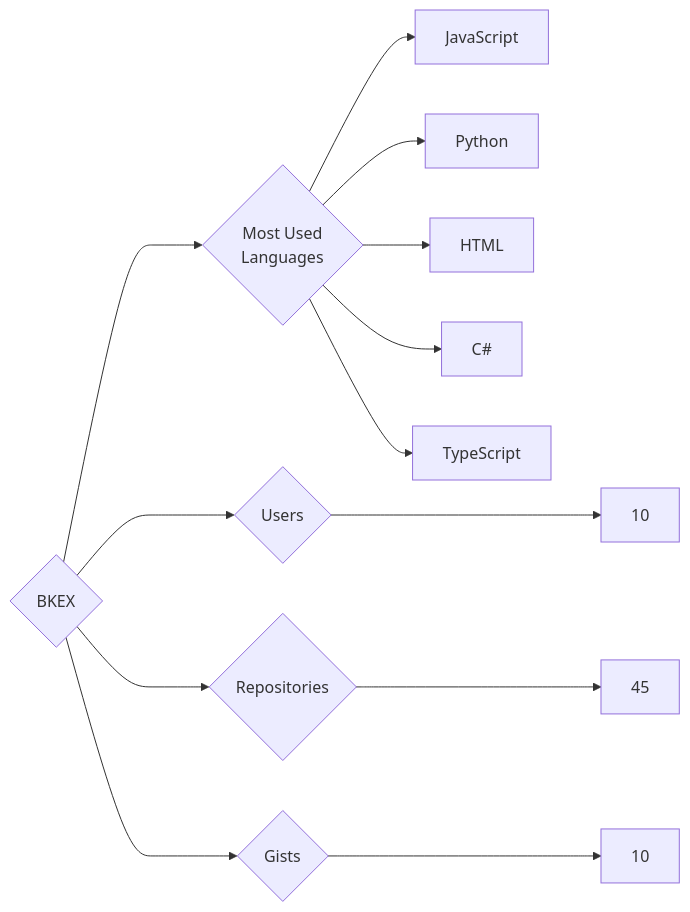
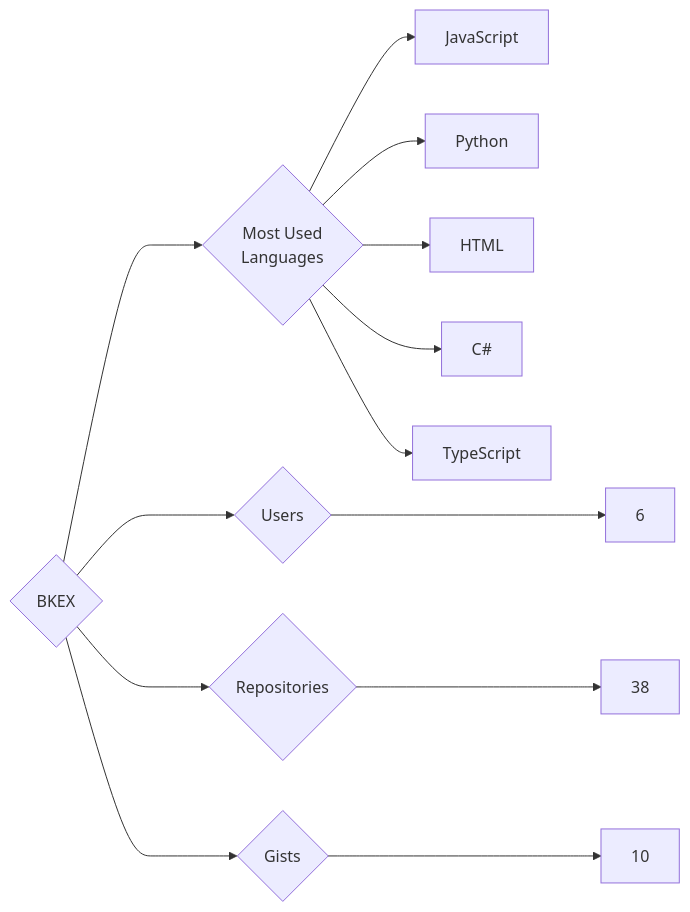
The diagram in targets/BKEX/README.md (trickest/insiders), drawn with Mermaid before and after one commit. The commit also changed 1141 other files, not shown here.

````diff
--- a/targets/BKEX/README.md
+++ b/targets/BKEX/README.md
@@ -3,13 +3,13 @@
 ```mermaid
 graph LR
 COMPANY_NAME{BKEX}
-COMPANY_NAME ---> U{Users} ---> UN[10]
-COMPANY_NAME ---> R{Repositories} ---> RN[45]
+COMPANY_NAME ---> U{Users} ---> UN[6]
+COMPANY_NAME ---> R{Repositories} ---> RN[38]
 COMPANY_NAME ---> G{Gists} ---> GN[10]
 COMPANY_NAME ---> ML{Most Used<br>Languages}
 ML --> JavaScript[JavaScript]
 ML --> Python[Python]
 ML --> HTML[HTML]
 ML --> C#[C#]
 ML --> TypeScript[TypeScript]
 ```
````
